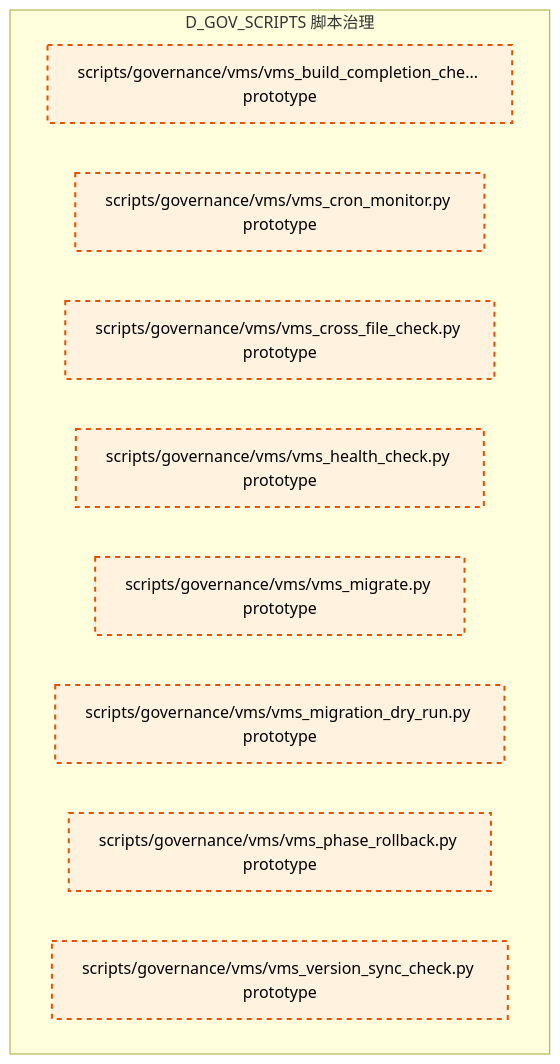
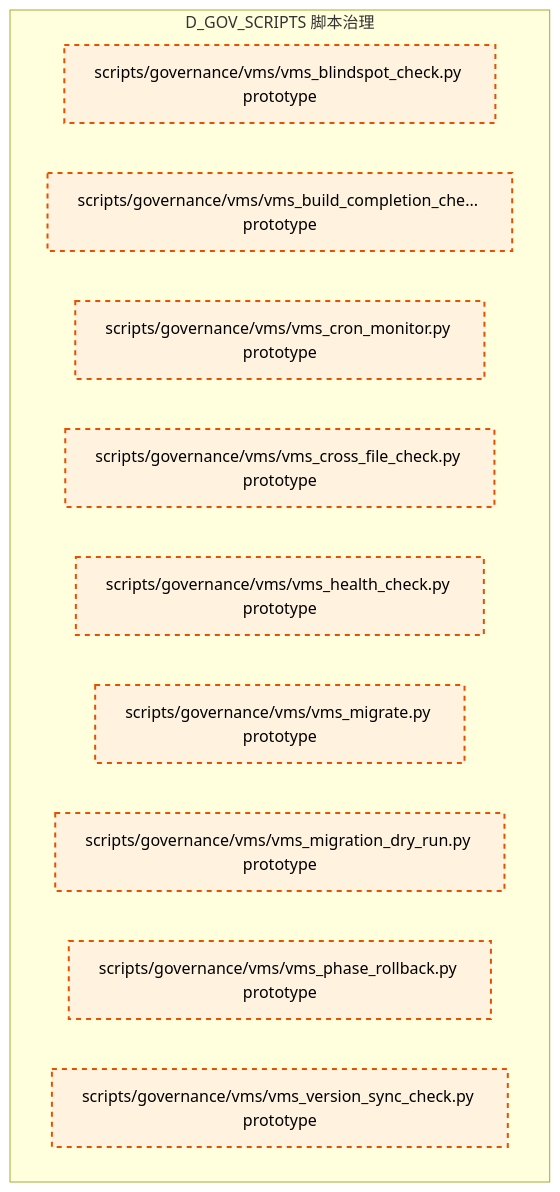
Before and after one commit to xuanFelixVan/ZephyrAlpha: diagram 15 of 15 in docs/02_enterprise_architecture/02_domain_architecture_docs/39_d_gov_scripts.md, drawn with Mermaid. The commit also changed other lines of this file and 105 other files, not shown here.

````diff
--- a/docs/02_enterprise_architecture/02_domain_architecture_docs/39_d_gov_scripts.md
+++ b/docs/02_enterprise_architecture/02_domain_architecture_docs/39_d_gov_scripts.md
@@ -1020,18 +1022,19 @@
 ```mermaid
 graph TD
     subgraph D_GOV_SCRIPTS["D_GOV_SCRIPTS 脚本治理"]
+        scripts_governance_vms_vms_blindspot_check_py["scripts/governance/vms/vms_blindspot_check.py prototype"]
         scripts_governance_vms_vms_build_completion_check_py["scripts/governance/vms/vms_build_completion_che... prototype"]
         scripts_governance_vms_vms_cron_monitor_py["scripts/governance/vms/vms_cron_monitor.py prototype"]
         scripts_governance_vms_vms_cross_file_check_py["scripts/governance/vms/vms_cross_file_check.py prototype"]
         scripts_governance_vms_vms_health_check_py["scripts/governance/vms/vms_health_check.py prototype"]
         scripts_governance_vms_vms_migrate_py["scripts/governance/vms/vms_migrate.py prototype"]
         scripts_governance_vms_vms_migration_dry_run_py["scripts/governance/vms/vms_migration_dry_run.py prototype"]
         scripts_governance_vms_vms_phase_rollback_py["scripts/governance/vms/vms_phase_rollback.py prototype"]
         scripts_governance_vms_vms_version_sync_check_py["scripts/governance/vms/vms_version_sync_check.py prototype"]
     end
     classDef production fill:#e1f5fe,stroke:#01579b,stroke-width:2px,color:#000
     classDef design fill:#fff3e0,stroke:#e65100,stroke-width:2px,color:#000,stroke-dasharray: 5 5
     classDef external_prod fill:#e8f5e9,stroke:#1b5e20,stroke-width:1px,color:#000
     classDef external_design fill:#fce4ec,stroke:#880e4f,stroke-width:1px,color:#000,stroke-dasharray: 5 5
-    class scripts_governance_vms_vms_build_completion_check_py,scripts_governance_vms_vms_cron_monitor_py,scripts_governance_vms_vms_cross_file_check_py,scripts_governance_vms_vms_health_check_py,scripts_governance_vms_vms_migrate_py,scripts_governance_vms_vms_migration_dry_run_py,scripts_governance_vms_vms_phase_rollback_py,scripts_governance_vms_vms_version_sync_check_py design
+    class scripts_governance_vms_vms_blindspot_check_py,scripts_governance_vms_vms_build_completion_check_py,scripts_governance_vms_vms_cron_monitor_py,scripts_governance_vms_vms_cross_file_check_py,scripts_governance_vms_vms_health_check_py,scripts_governance_vms_vms_migrate_py,scripts_governance_vms_vms_migration_dry_run_py,scripts_governance_vms_vms_phase_rollback_py,scripts_governance_vms_vms_version_sync_check_py design
 ```
````
